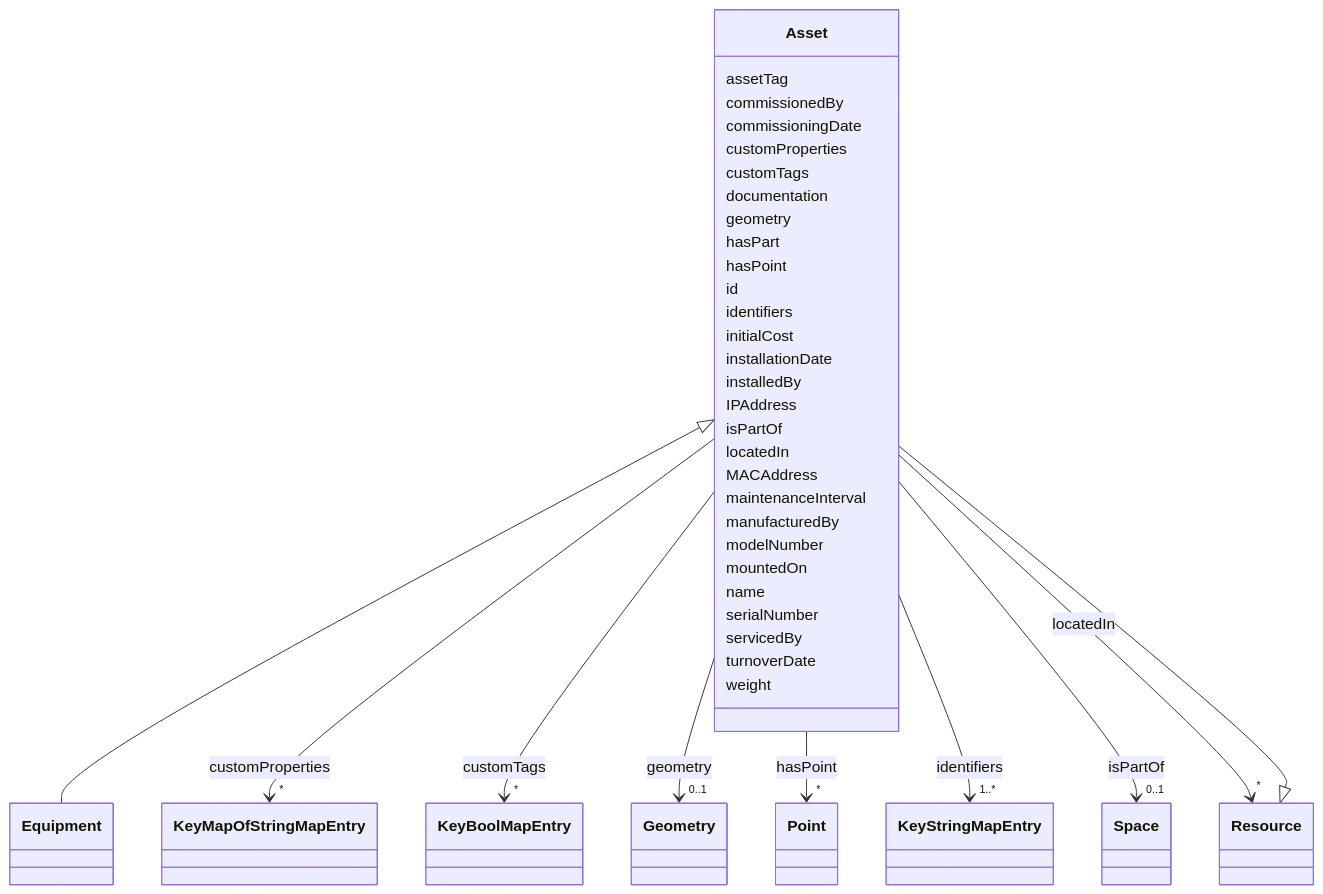
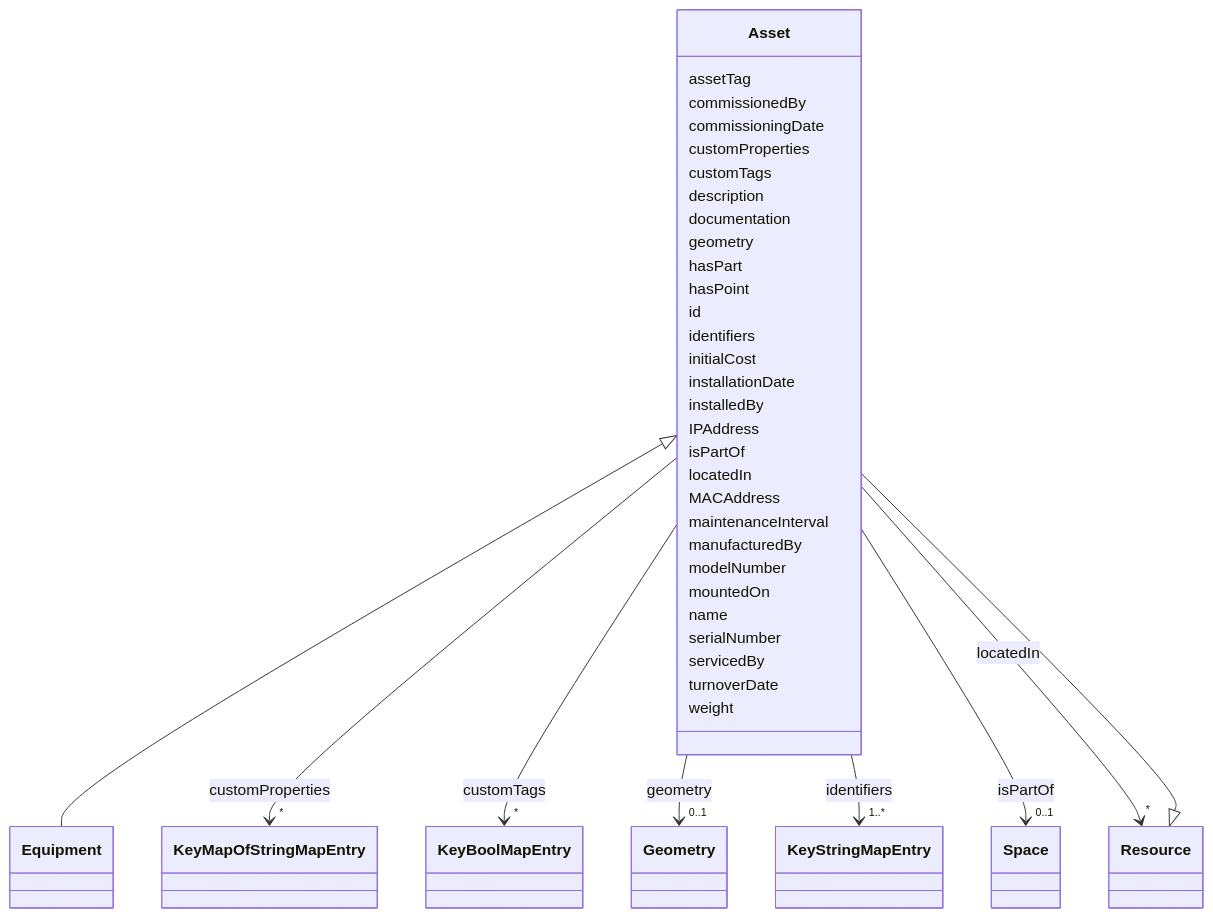
The diagram in docs/Asset.md (takashikasuya/smartbuiding_ontology), drawn with Mermaid before and after one commit. The commit also changed other lines of this file and 81 other files, not shown here.

Commit message:
LinkMLスキーマ更新に伴う生成物・ドキュメント更新、およびサンプル追加（2026-01-07） - schema/building_model.yaml 更新 - output: OWL/SHACL/JSON Schema 再生成 - docs: LinkMLドキュメント再生成 - Makefile/README 更新 - sample/ 追加 - reports/change-report-2026-01-07.md 追加

```diff
--- a/docs/Asset.md
+++ b/docs/Asset.md
@@ -57,6 +57,8 @@
     
 
         
+      Asset : description
+        
       Asset : documentation
         
       Asset : geometry
@@ -73,15 +75,6 @@
       Asset : hasPart
         
       Asset : hasPoint
-        
-          
-    
-        
-        
-        Asset --> "*" Point : hasPoint
-        click Point href "../Point/"
-    
-
         
       Asset : id
         
```
